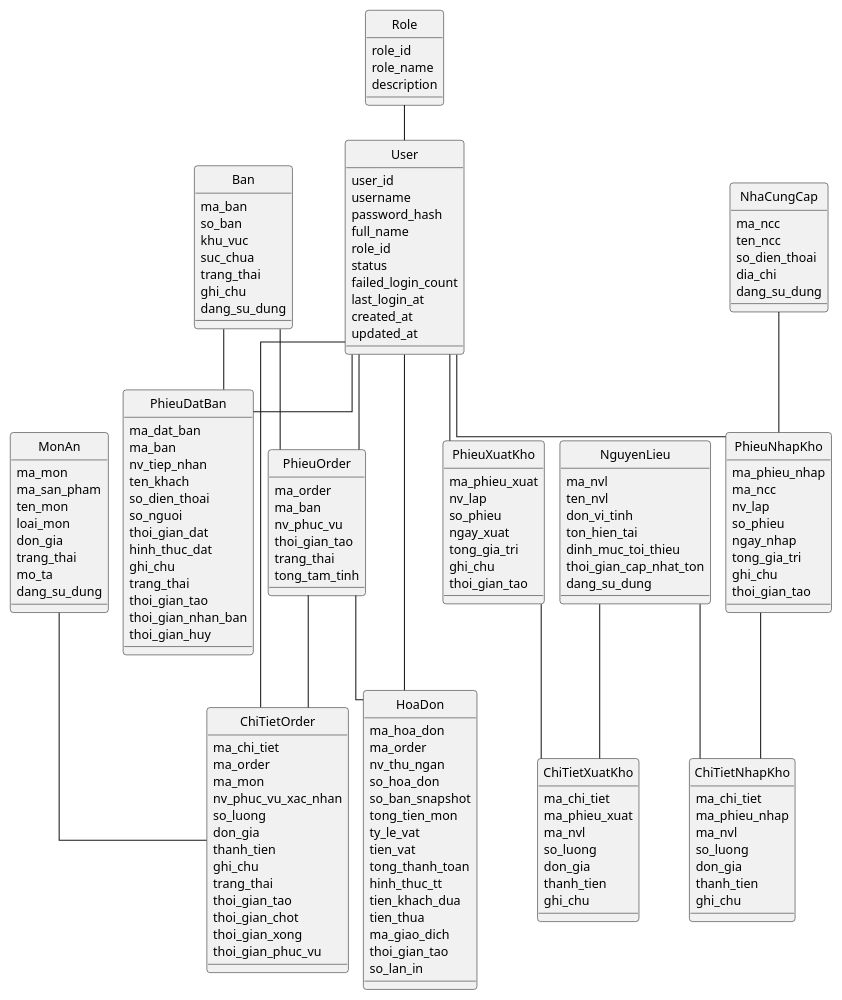
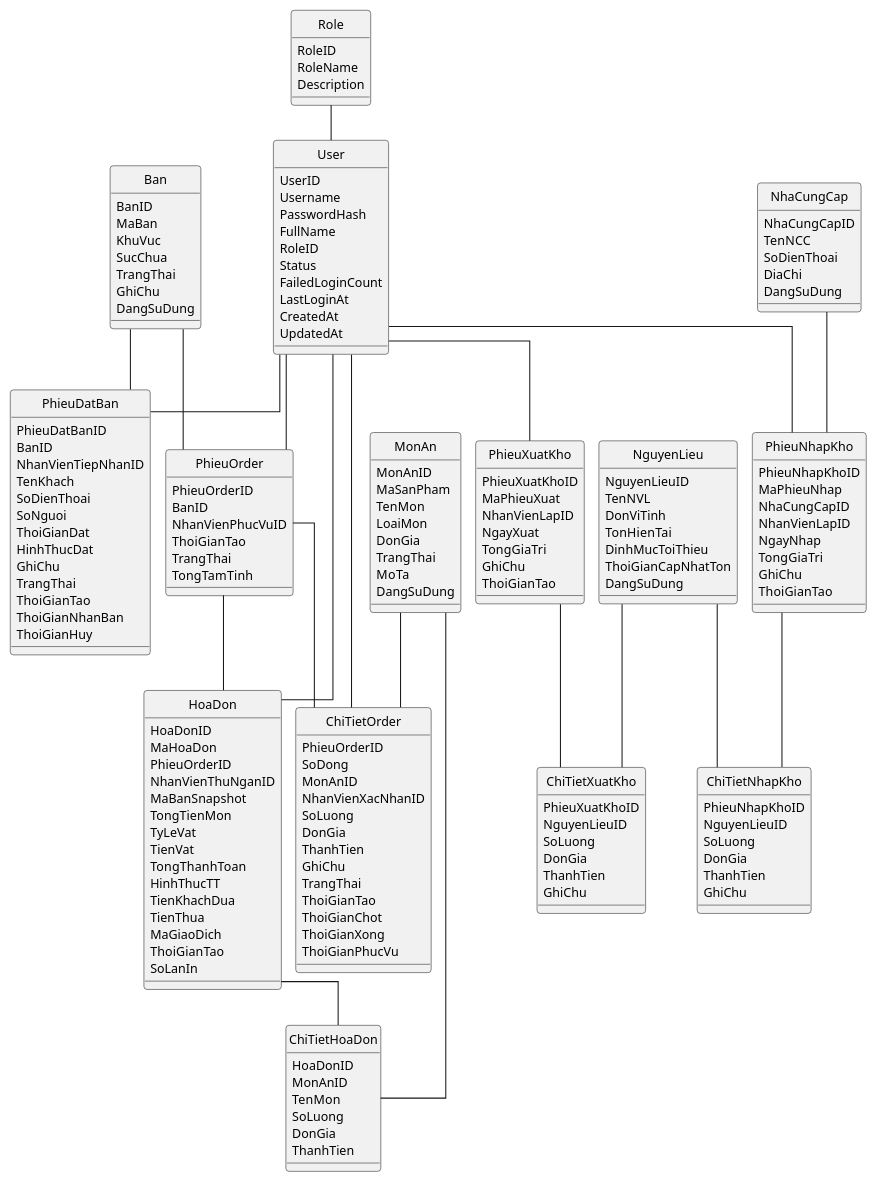
Before and after one commit to vpthinh19/cnpm: the diagram in design/erd/erd.puml, drawn with PlantUML. The commit also changed 9 other files, not shown here.

```diff
--- a/design/erd/erd.puml
+++ b/design/erd/erd.puml
@@ -1,189 +1,199 @@
 @startuml ERD_QuanLyNhaHang
-' ERD toàn hệ thống — Hệ thống quản lý nhà hàng (đồ án CNPM)
+' ERD toàn hệ thống — Hệ thống quản lý nhà hàng Bò Né Mỹ Cảnh (đồ án CNPM)
 ' Chỉ thể hiện tên bảng + tên thuộc tính + đường kết nối giữa các bảng.
+' Quy ước: PK surrogate = <Bảng>ID (INT); mã nghiệp vụ = Ma...; ChiTiet* dùng PK ghép.
 hide circle
 skinparam linetype ortho
 skinparam shadowing false
 skinparam DefaultFontName "Segoe UI"
 skinparam DefaultFontSize 12
 skinparam nodesep 14
 skinparam ranksep 34
 skinparam roundCorner 6
 skinparam classAttributeIconSize 0
 
 entity "Role" as Role {
-  role_id
-  role_name
-  description
+  RoleID
+  RoleName
+  Description
 }
 
 entity "User" as User {
-  user_id
-  username
-  password_hash
-  full_name
-  role_id
-  status
-  failed_login_count
-  last_login_at
-  created_at
-  updated_at
+  UserID
+  Username
+  PasswordHash
+  FullName
+  RoleID
+  Status
+  FailedLoginCount
+  LastLoginAt
+  CreatedAt
+  UpdatedAt
 }
 
 entity "Ban" as Ban {
-  ma_ban
-  so_ban
-  khu_vuc
-  suc_chua
-  trang_thai
-  ghi_chu
-  dang_su_dung
+  BanID
+  MaBan
+  KhuVuc
+  SucChua
+  TrangThai
+  GhiChu
+  DangSuDung
 }
 
 entity "MonAn" as MonAn {
-  ma_mon
-  ma_san_pham
-  ten_mon
-  loai_mon
-  don_gia
-  trang_thai
-  mo_ta
-  dang_su_dung
+  MonAnID
+  MaSanPham
+  TenMon
+  LoaiMon
+  DonGia
+  TrangThai
+  MoTa
+  DangSuDung
 }
 
 entity "PhieuDatBan" as PhieuDatBan {
-  ma_dat_ban
-  ma_ban
-  nv_tiep_nhan
-  ten_khach
-  so_dien_thoai
-  so_nguoi
-  thoi_gian_dat
-  hinh_thuc_dat
-  ghi_chu
-  trang_thai
-  thoi_gian_tao
-  thoi_gian_nhan_ban
-  thoi_gian_huy
+  PhieuDatBanID
+  BanID
+  NhanVienTiepNhanID
+  TenKhach
+  SoDienThoai
+  SoNguoi
+  ThoiGianDat
+  HinhThucDat
+  GhiChu
+  TrangThai
+  ThoiGianTao
+  ThoiGianNhanBan
+  ThoiGianHuy
 }
 
 entity "PhieuOrder" as PhieuOrder {
-  ma_order
-  ma_ban
-  nv_phuc_vu
-  thoi_gian_tao
-  trang_thai
-  tong_tam_tinh
+  PhieuOrderID
+  BanID
+  NhanVienPhucVuID
+  ThoiGianTao
+  TrangThai
+  TongTamTinh
 }
 
 entity "ChiTietOrder" as ChiTietOrder {
-  ma_chi_tiet
-  ma_order
-  ma_mon
-  nv_phuc_vu_xac_nhan
-  so_luong
-  don_gia
-  thanh_tien
-  ghi_chu
-  trang_thai
-  thoi_gian_tao
-  thoi_gian_chot
-  thoi_gian_xong
-  thoi_gian_phuc_vu
+  PhieuOrderID
+  SoDong
+  MonAnID
+  NhanVienXacNhanID
+  SoLuong
+  DonGia
+  ThanhTien
+  GhiChu
+  TrangThai
+  ThoiGianTao
+  ThoiGianChot
+  ThoiGianXong
+  ThoiGianPhucVu
 }
 
 entity "HoaDon" as HoaDon {
-  ma_hoa_don
-  ma_order
-  nv_thu_ngan
-  so_hoa_don
-  so_ban_snapshot
-  tong_tien_mon
-  ty_le_vat
-  tien_vat
-  tong_thanh_toan
-  hinh_thuc_tt
-  tien_khach_dua
-  tien_thua
-  ma_giao_dich
-  thoi_gian_tao
-  so_lan_in
+  HoaDonID
+  MaHoaDon
+  PhieuOrderID
+  NhanVienThuNganID
+  MaBanSnapshot
+  TongTienMon
+  TyLeVat
+  TienVat
+  TongThanhToan
+  HinhThucTT
+  TienKhachDua
+  TienThua
+  MaGiaoDich
+  ThoiGianTao
+  SoLanIn
+}
+
+entity "ChiTietHoaDon" as ChiTietHoaDon {
+  HoaDonID
+  MonAnID
+  TenMon
+  SoLuong
+  DonGia
+  ThanhTien
 }
 
 entity "NhaCungCap" as NhaCungCap {
-  ma_ncc
-  ten_ncc
-  so_dien_thoai
-  dia_chi
-  dang_su_dung
+  NhaCungCapID
+  TenNCC
+  SoDienThoai
+  DiaChi
+  DangSuDung
 }
 
 entity "NguyenLieu" as NguyenLieu {
-  ma_nvl
-  ten_nvl
-  don_vi_tinh
-  ton_hien_tai
-  dinh_muc_toi_thieu
-  thoi_gian_cap_nhat_ton
-  dang_su_dung
+  NguyenLieuID
+  TenNVL
+  DonViTinh
+  TonHienTai
+  DinhMucToiThieu
+  ThoiGianCapNhatTon
+  DangSuDung
 }
 
 entity "PhieuNhapKho" as PhieuNhapKho {
-  ma_phieu_nhap
-  ma_ncc
-  nv_lap
-  so_phieu
-  ngay_nhap
-  tong_gia_tri
-  ghi_chu
-  thoi_gian_tao
+  PhieuNhapKhoID
+  MaPhieuNhap
+  NhaCungCapID
+  NhanVienLapID
+  NgayNhap
+  TongGiaTri
+  GhiChu
+  ThoiGianTao
 }
 
 entity "ChiTietNhapKho" as ChiTietNhapKho {
-  ma_chi_tiet
-  ma_phieu_nhap
-  ma_nvl
-  so_luong
-  don_gia
-  thanh_tien
-  ghi_chu
+  PhieuNhapKhoID
+  NguyenLieuID
+  SoLuong
+  DonGia
+  ThanhTien
+  GhiChu
 }
 
 entity "PhieuXuatKho" as PhieuXuatKho {
-  ma_phieu_xuat
-  nv_lap
-  so_phieu
-  ngay_xuat
-  tong_gia_tri
-  ghi_chu
-  thoi_gian_tao
+  PhieuXuatKhoID
+  MaPhieuXuat
+  NhanVienLapID
+  NgayXuat
+  TongGiaTri
+  GhiChu
+  ThoiGianTao
 }
 
 entity "ChiTietXuatKho" as ChiTietXuatKho {
-  ma_chi_tiet
-  ma_phieu_xuat
-  ma_nvl
-  so_luong
-  don_gia
-  thanh_tien
-  ghi_chu
+  PhieuXuatKhoID
+  NguyenLieuID
+  SoLuong
+  DonGia
+  ThanhTien
+  GhiChu
 }
 
-Role         -- User
-User         -- PhieuDatBan
-User         -- PhieuOrder
-User         -- ChiTietOrder
-User         -- HoaDon
-User         -- PhieuNhapKho
-User         -- PhieuXuatKho
-Ban          -- PhieuDatBan
-Ban          -- PhieuOrder
-MonAn        -- ChiTietOrder
-PhieuOrder   -- ChiTietOrder
-PhieuOrder   -- HoaDon
-NhaCungCap   -- PhieuNhapKho
-PhieuNhapKho -- ChiTietNhapKho
-NguyenLieu   -- ChiTietNhapKho
-PhieuXuatKho -- ChiTietXuatKho
-NguyenLieu   -- ChiTietXuatKho
+Role          -- User
+User          -- PhieuDatBan
+User          -- PhieuOrder
+User          -- ChiTietOrder
+User          -- HoaDon
+User          -- PhieuNhapKho
+User          -- PhieuXuatKho
+Ban           -- PhieuDatBan
+Ban           -- PhieuOrder
+MonAn         -- ChiTietOrder
+MonAn         -- ChiTietHoaDon
+PhieuOrder    -- ChiTietOrder
+PhieuOrder    -- HoaDon
+HoaDon        -- ChiTietHoaDon
+NhaCungCap    -- PhieuNhapKho
+PhieuNhapKho  -- ChiTietNhapKho
+NguyenLieu    -- ChiTietNhapKho
+PhieuXuatKho  -- ChiTietXuatKho
+NguyenLieu    -- ChiTietXuatKho
 @enduml
```
